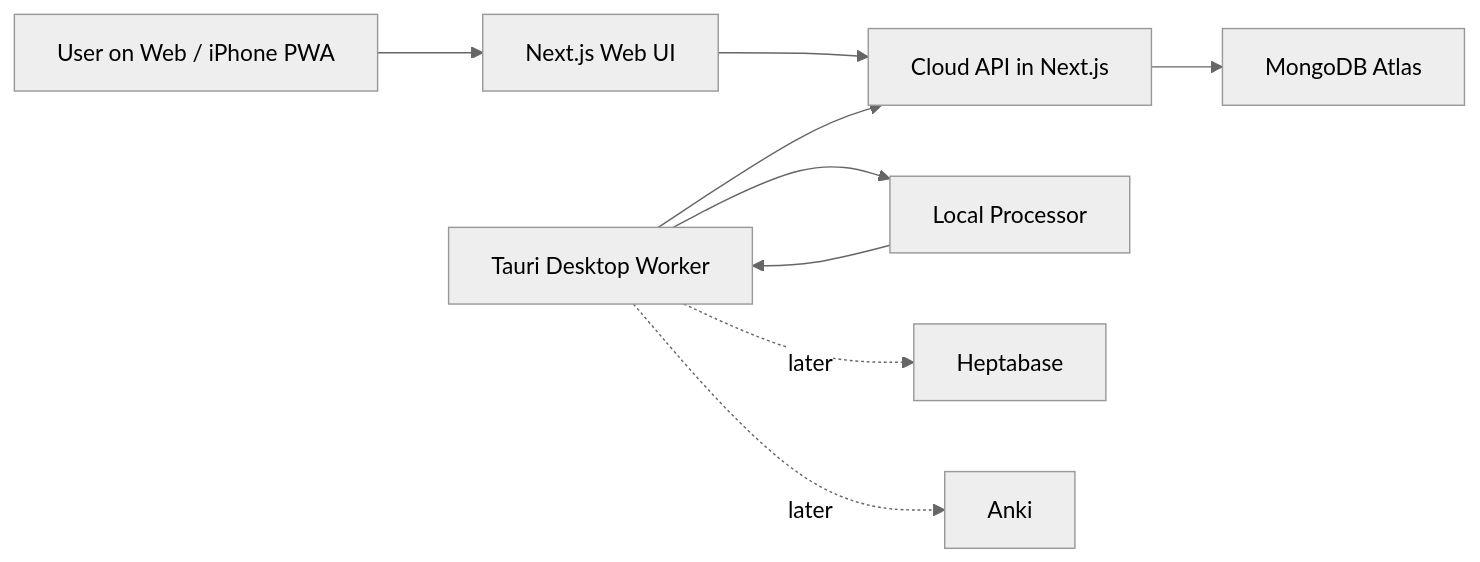
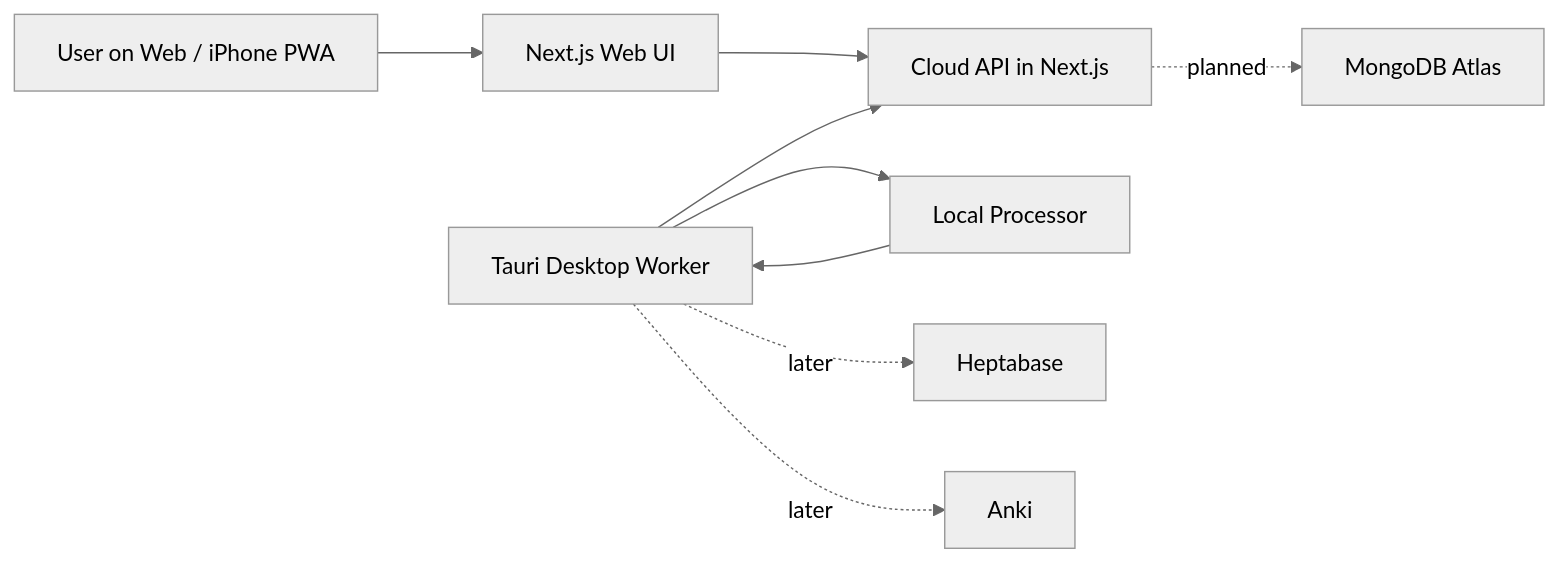
Before and after one commit to gino001655/Capture: the diagram in docs/architecture.md, drawn with Mermaid (neutral theme). The commit also changed other lines of this file and 50 other files, not shown here.

````diff
--- a/docs/architecture.md
+++ b/docs/architecture.md
@@ -9,11 +9,11 @@
 ```mermaid
 flowchart LR
     U["User on Web / iPhone PWA"] --> W["Next.js Web UI"]
     W --> A["Cloud API in Next.js"]
     D["Tauri Desktop Worker"] --> A
-    A --> M["MongoDB Atlas"]
+    A -. "planned" .-> M["MongoDB Atlas"]
     D --> P["Local Processor"]
     P --> D
     D -. "later" .-> H["Heptabase"]
     D -. "later" .-> K["Anki"]
 ```
````
